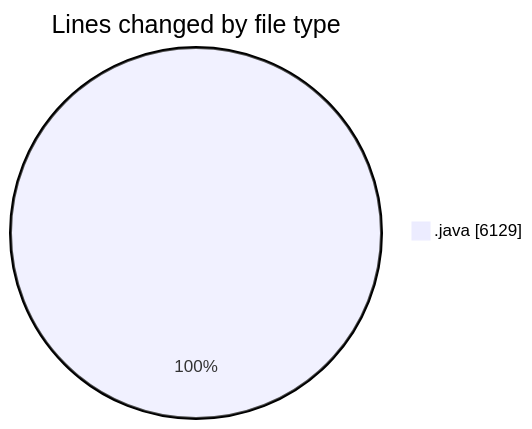
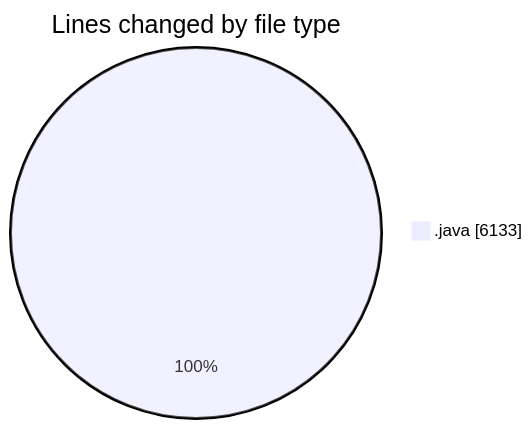
The first of 2 diagrams in 2026-05-05/cilapp/README.md (ricardozamudiocil/code-tracking), drawn with Mermaid before and after one commit. The commit also changed other lines of this file and 1 other file, not shown here.

````diff
--- a/2026-05-05/cilapp/README.md
+++ b/2026-05-05/cilapp/README.md
@@ -26,5 +26,5 @@
 ```mermaid
 pie showData
 title Lines changed by file type
-".java" : 6129
+".java" : 6133
 ```
````
